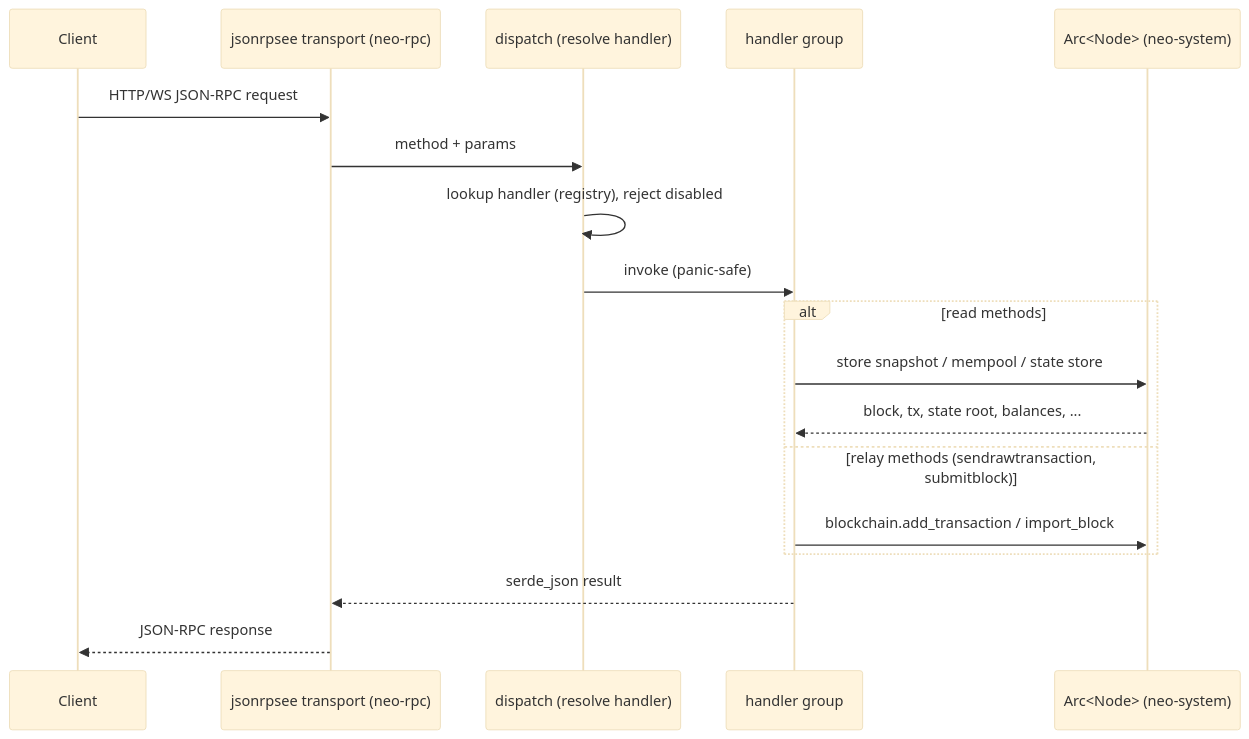
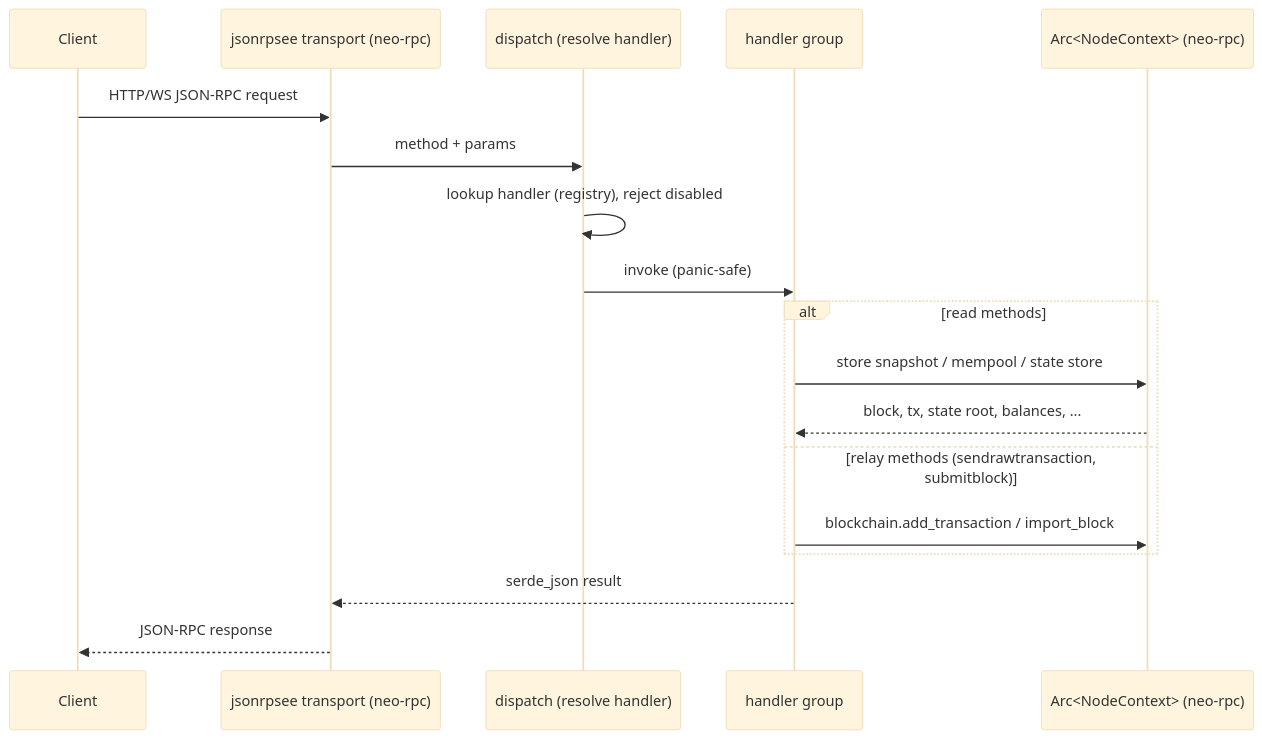
Before and after one commit to r3e-network/neo-rs: the sixth of 7 diagrams in docs/dataflow.md, drawn with Mermaid (base theme). The commit also changed other lines of this file and 658 other files, not shown here.

````diff
--- a/docs/dataflow.md
+++ b/docs/dataflow.md
@@ -236,21 +241,21 @@
 ```mermaid
 sequenceDiagram
     participant Client
     participant JR as jsonrpsee transport (neo-rpc)
     participant D as dispatch (resolve handler)
     participant H as handler group
-    participant N as Arc<Node> (neo-system)
+    participant N as Arc<NodeContext> (neo-rpc)
 
     Client->>JR: HTTP/WS JSON-RPC request
     JR->>D: method + params
     D->>D: lookup handler (registry), reject disabled
     D->>H: invoke (panic-safe)
     alt read methods
         H->>N: store snapshot / mempool / state store
         N-->>H: block, tx, state root, balances, ...
     else relay methods (sendrawtransaction, submitblock)
         H->>N: blockchain.add_transaction / import_block
     end
     H-->>JR: serde_json result
     JR-->>Client: JSON-RPC response
 ```
````
